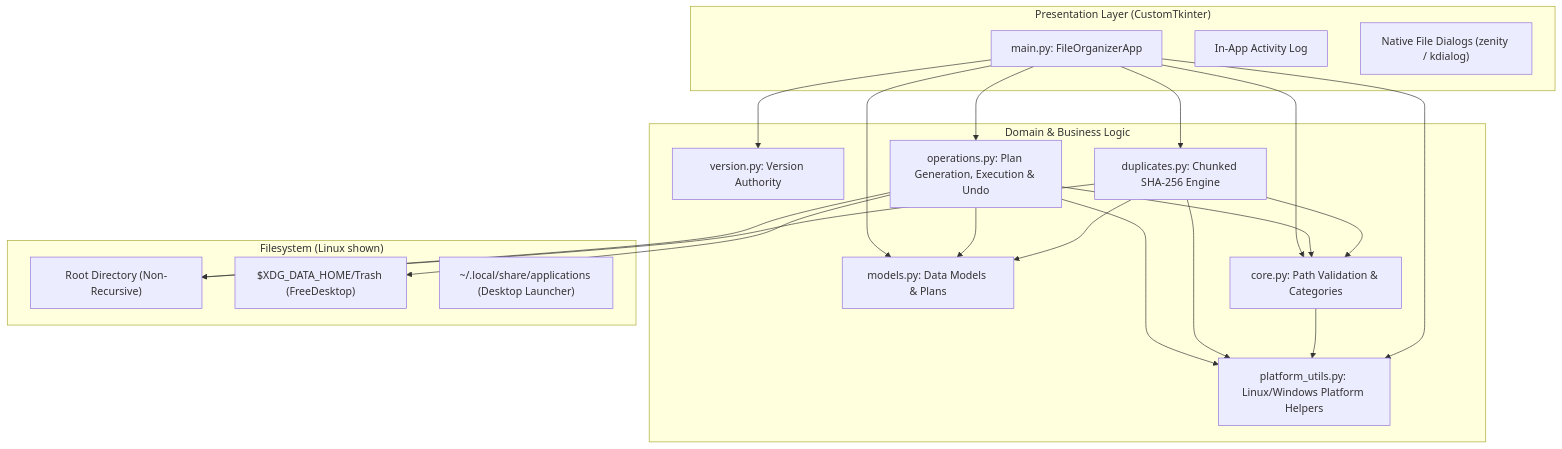
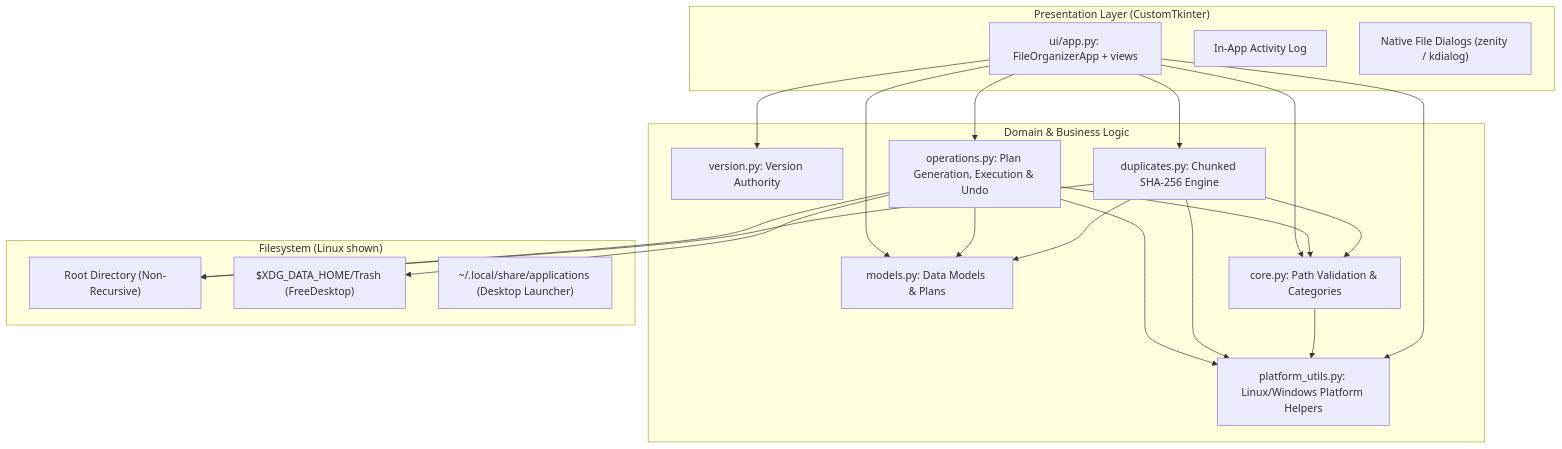
Before and after one commit to teppe21/File-Suite: the diagram in docs/DEVELOPMENT.md, drawn with Mermaid. The commit also changed other lines of this file and 10 other files, not shown here.

First line of the commit message:
refactor(ui): split main.py into a ui package with persistent views

````diff
--- a/docs/DEVELOPMENT.md
+++ b/docs/DEVELOPMENT.md
@@ -13,40 +13,40 @@
 ```mermaid
 graph TD
     subgraph Presentation ["Presentation Layer (CustomTkinter)"]
-        UI["main.py: FileOrganizerApp"]
+        UI["ui/app.py: FileOrganizerApp + views"]
         LOG["In-App Activity Log"]
         DLG["Native File Dialogs (zenity / kdialog)"]
     end
 
     subgraph Domain ["Domain & Business Logic"]
         VER["version.py: Version Authority"]
         MOD["models.py: Data Models & Plans"]
         OPS["operations.py: Plan Generation, Execution & Undo"]
         DUP["duplicates.py: Chunked SHA-256 Engine"]
         CORE["core.py: Path Validation & Categories"]
         PLAT["platform_utils.py: Linux/Windows Platform Helpers"]
     end
 
     subgraph Storage ["Filesystem (Linux shown)"]
         FS["Root Directory (Non-Recursive)"]
         TRASH["$XDG_DATA_HOME/Trash (FreeDesktop)"]
         XDG["~/.local/share/applications (Desktop Launcher)"]
     end
 
     UI --> OPS
     UI --> DUP
     UI --> MOD
     UI --> VER
     UI --> CORE
     OPS --> MOD
     OPS --> CORE
     DUP --> MOD
     DUP --> CORE
     OPS --> PLAT
     DUP --> PLAT
     CORE --> PLAT
     UI --> PLAT
     OPS --> FS
     OPS --> TRASH
     DUP --> FS
 ```
````
